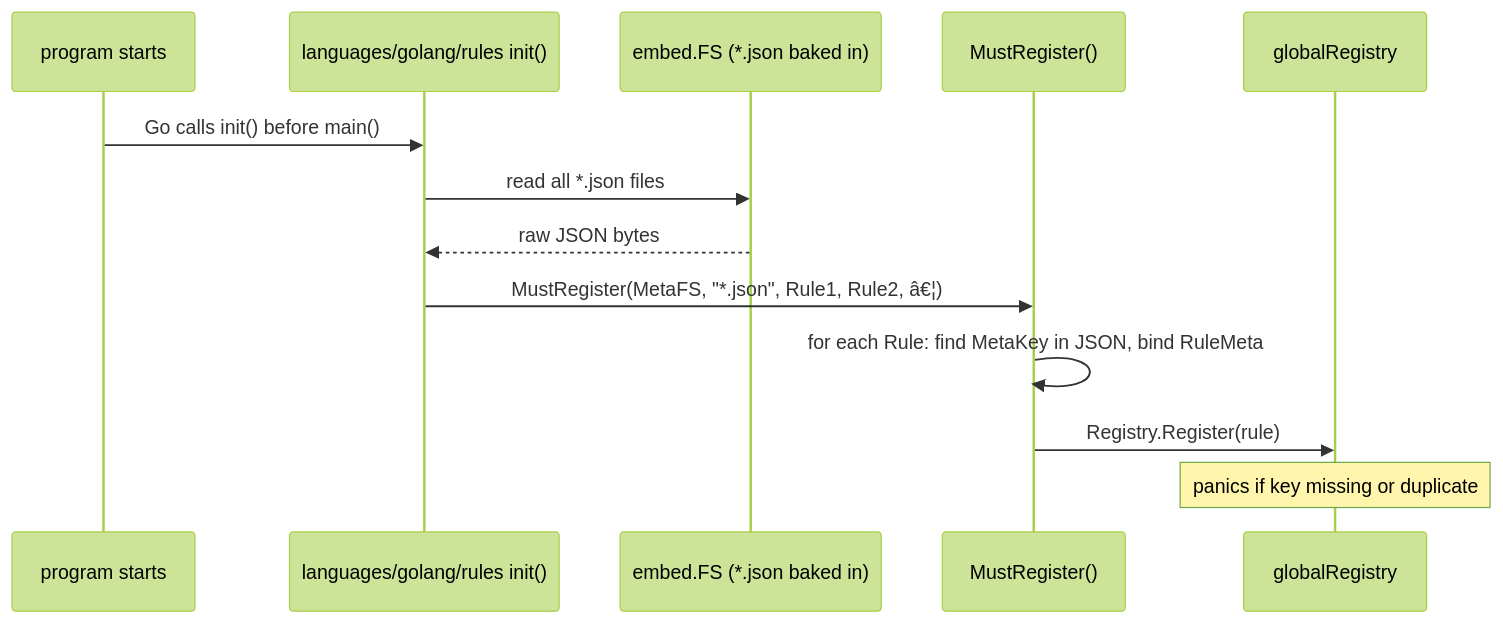
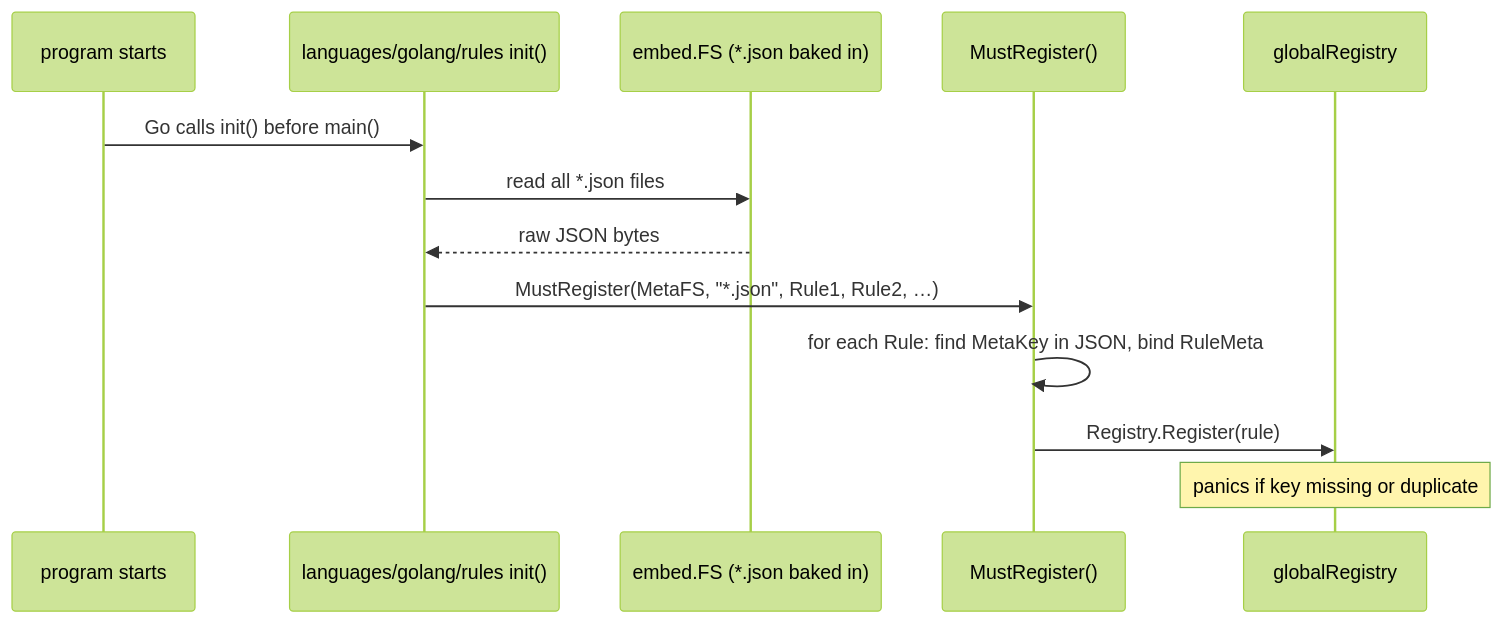
Before and after one commit to scovl/ollanta: diagram 20 of 21 in docs/architecture.md, drawn with Mermaid (forest theme). The commit also changed other lines of this file and 7 other files, not shown here.

````diff
--- a/docs/architecture.md
+++ b/docs/architecture.md
@@ -1463,16 +1463,16 @@
 ```mermaid
 sequenceDiagram
     participant Binary as program starts
     participant Init as languages/golang/rules init()
     participant FS as embed.FS (*.json baked in)
     participant MR as MustRegister()
     participant GR as globalRegistry
 
     Binary->>Init: Go calls init() before main()
     Init->>FS: read all *.json files
     FS-->>Init: raw JSON bytes
-    Init->>MR: MustRegister(MetaFS, "*.json", Rule1, Rule2, â€¦)
+    Init->>MR: MustRegister(MetaFS, "*.json", Rule1, Rule2, …)
     MR->>MR: for each Rule: find MetaKey in JSON, bind RuleMeta
     MR->>GR: Registry.Register(rule)
     Note over GR: panics if key missing or duplicate
 ```
````
